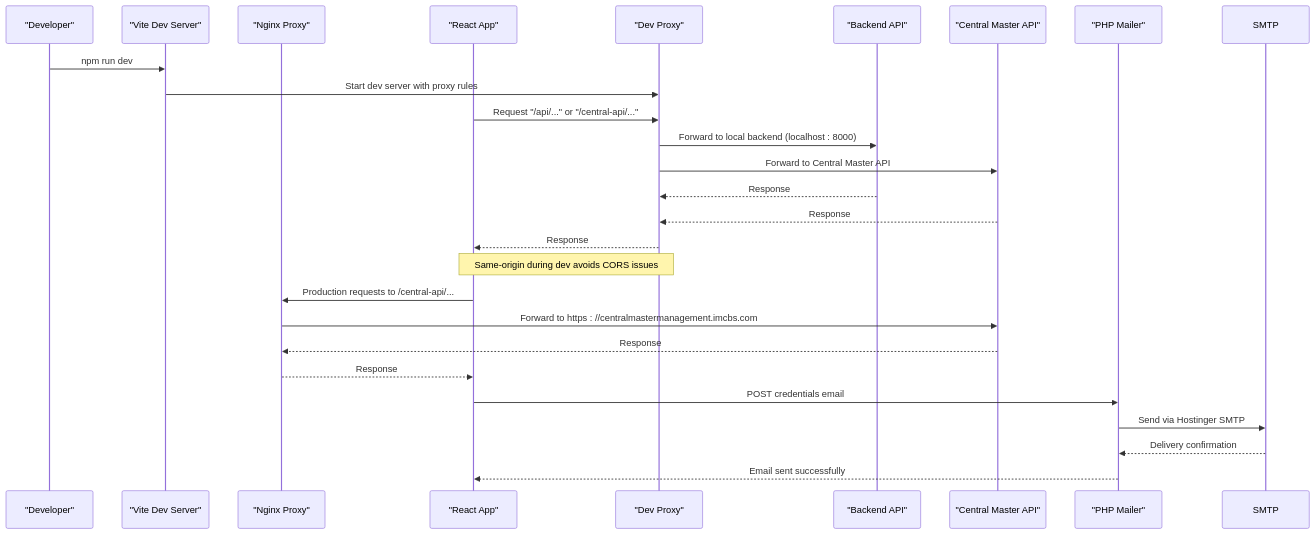
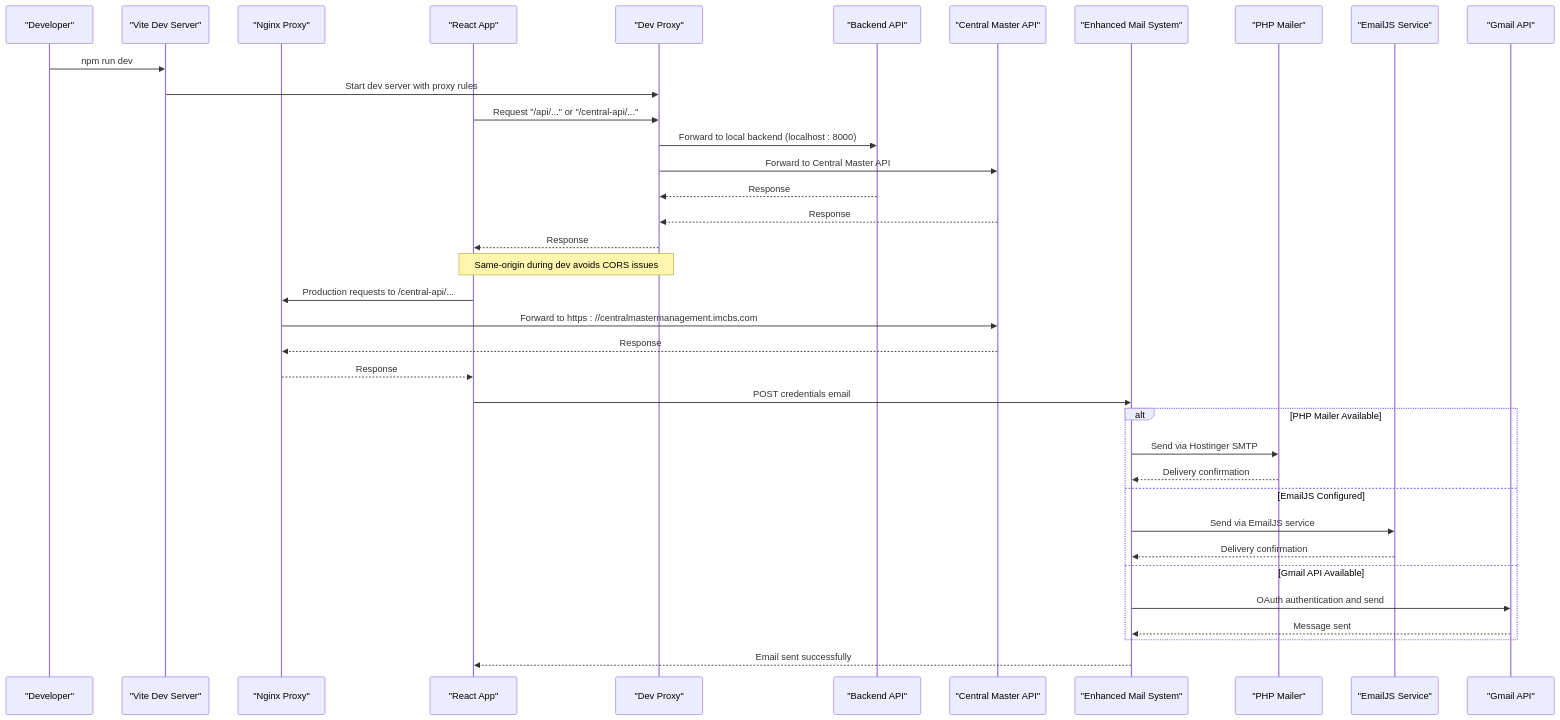
The second of 15 diagrams in .qoder/repowiki/en/content/Configuration and Environment.md (imcbsglobal/TRELLISCO_ERP_FRONTEND), drawn with Mermaid before and after one commit. The commit also changed other lines of this file and 16 other files, not shown here.

````diff
--- a/.qoder/repowiki/en/content/Configuration and Environment.md
+++ b/.qoder/repowiki/en/content/Configuration and Environment.md
@@ -149,28 +153,39 @@
 ```mermaid
 sequenceDiagram
 participant Dev as "Developer"
 participant Vite as "Vite Dev Server"
 participant Nginx as "Nginx Proxy"
 participant App as "React App"
 participant Proxy as "Dev Proxy"
 participant API as "Backend API"
 participant Central as "Central Master API"
-participant Mailer as "PHP Mailer"
+participant Mailer as "Enhanced Mail System"
+participant PHPMailer as "PHP Mailer"
+participant EmailJS as "EmailJS Service"
+participant Gmail as "Gmail API"
 Dev->>Vite : npm run dev
 Vite->>Proxy : Start dev server with proxy rules
 App->>Proxy : Request "/api/..." or "/central-api/..."
 Proxy->>API : Forward to local backend (localhost : 8000)
 Proxy->>Central : Forward to Central Master API
 API-->>Proxy : Response
 Central-->>Proxy : Response
 Proxy-->>App : Response
 Note over App,Proxy : Same-origin during dev avoids CORS issues
 App->>Nginx : Production requests to /central-api/...
 Nginx->>Central : Forward to https : //centralmastermanagement.imcbs.com
 Central-->>Nginx : Response
 Nginx-->>App : Response
 App->>Mailer : POST credentials email
-Mailer->>SMTP : Send via Hostinger SMTP
-SMTP-->>Mailer : Delivery confirmation
+alt PHP Mailer Available
+Mailer->>PHPMailer : Send via Hostinger SMTP
+PHPMailer-->>Mailer : Delivery confirmation
+else EmailJS Configured
+Mailer->>EmailJS : Send via EmailJS service
+EmailJS-->>Mailer : Delivery confirmation
+else Gmail API Available
+Mailer->>Gmail : OAuth authentication and send
+Gmail-->>Mailer : Message sent
+end
 Mailer-->>App : Email sent successfully
 ```
````
